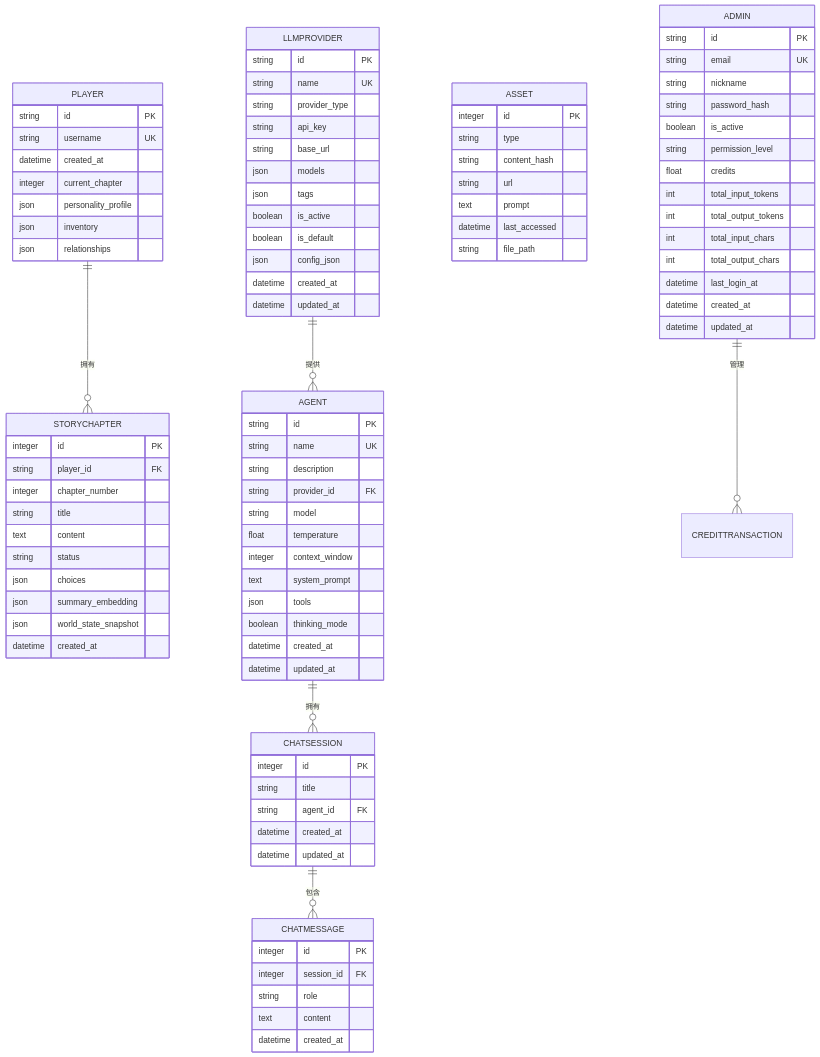
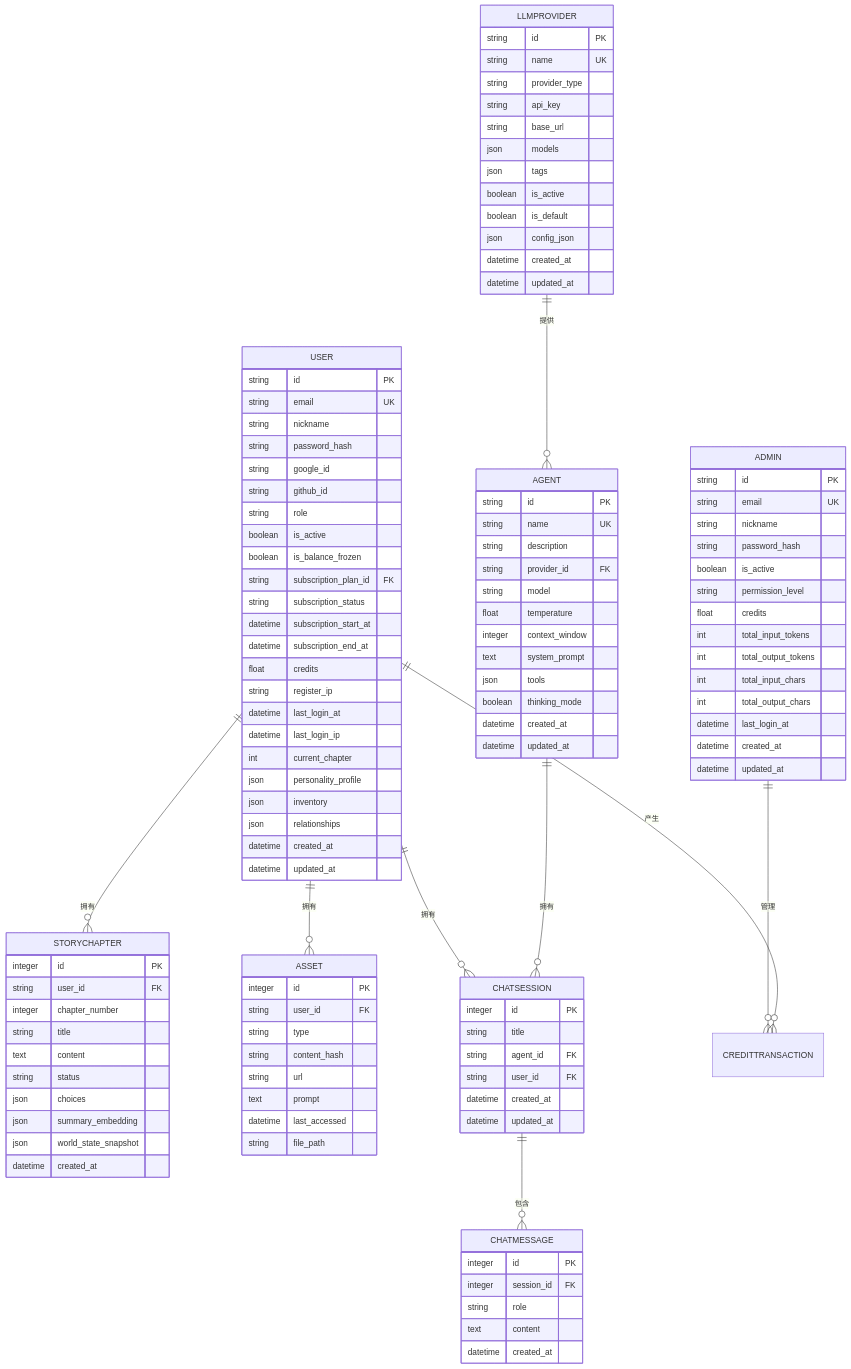
Before and after one commit to KunLabAI/KunFlix: the fifth of 11 diagrams in .qoder/repowiki/zh/content/后端开发指南/API路由系统/管理员管理API.md, drawn with Mermaid. The commit also changed other lines of this file and 88 other files, not shown here.

```diff
--- a/.qoder/repowiki/zh/content/后端开发指南/API路由系统/管理员管理API.md
+++ b/.qoder/repowiki/zh/content/后端开发指南/API路由系统/管理员管理API.md
@@ -275,18 +294,34 @@
 datetime created_at
 datetime updated_at
 }
-PLAYER {
+USER {
 string id PK
-string username UK
-datetime created_at
-integer current_chapter
+string email UK
+string nickname
+string password_hash
+string google_id
+string github_id
+string role
+boolean is_active
+boolean is_balance_frozen
+string subscription_plan_id FK
+string subscription_status
+datetime subscription_start_at
+datetime subscription_end_at
+float credits
+string register_ip
+datetime last_login_at
+datetime last_login_ip
+int current_chapter
 json personality_profile
 json inventory
 json relationships
+datetime created_at
+datetime updated_at
 }
 STORYCHAPTER {
 integer id PK
-string player_id FK
+string user_id FK
 integer chapter_number
 string title
 text content
@@ -298,6 +333,7 @@
 }
 ASSET {
 integer id PK
+string user_id FK
 string type
 string content_hash
 string url
@@ -337,6 +373,7 @@
 integer id PK
 string title
 string agent_id FK
+string user_id FK
 datetime created_at
 datetime updated_at
 }
@@ -348,7 +385,10 @@
 datetime created_at
 }
 ADMIN ||--o{ CREDITTRANSACTION : "管理"
-PLAYER ||--o{ STORYCHAPTER : "拥有"
+USER ||--o{ STORYCHAPTER : "拥有"
+USER ||--o{ ASSET : "拥有"
+USER ||--o{ CHATSESSION : "拥有"
+USER ||--o{ CREDITTRANSACTION : "产生"
 LLMPROVIDER ||--o{ AGENT : "提供"
 AGENT ||--o{ CHATSESSION : "拥有"
 CHATSESSION ||--o{ CHATMESSAGE : "包含"
```
